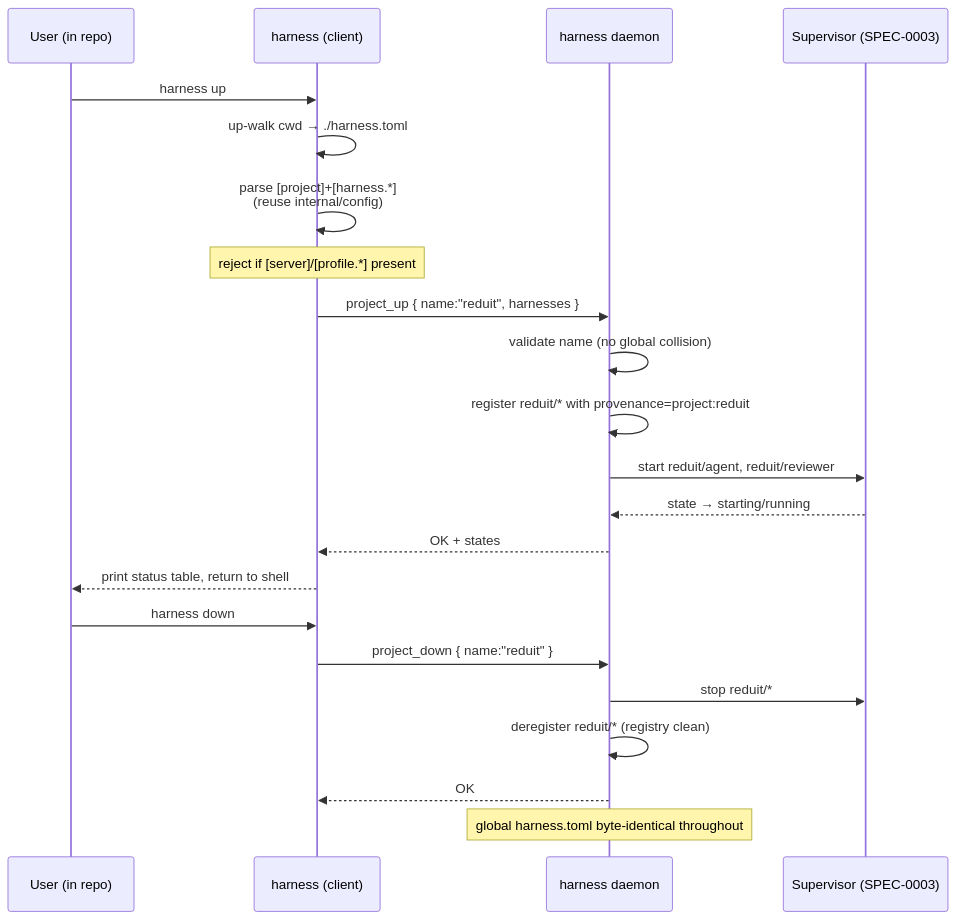
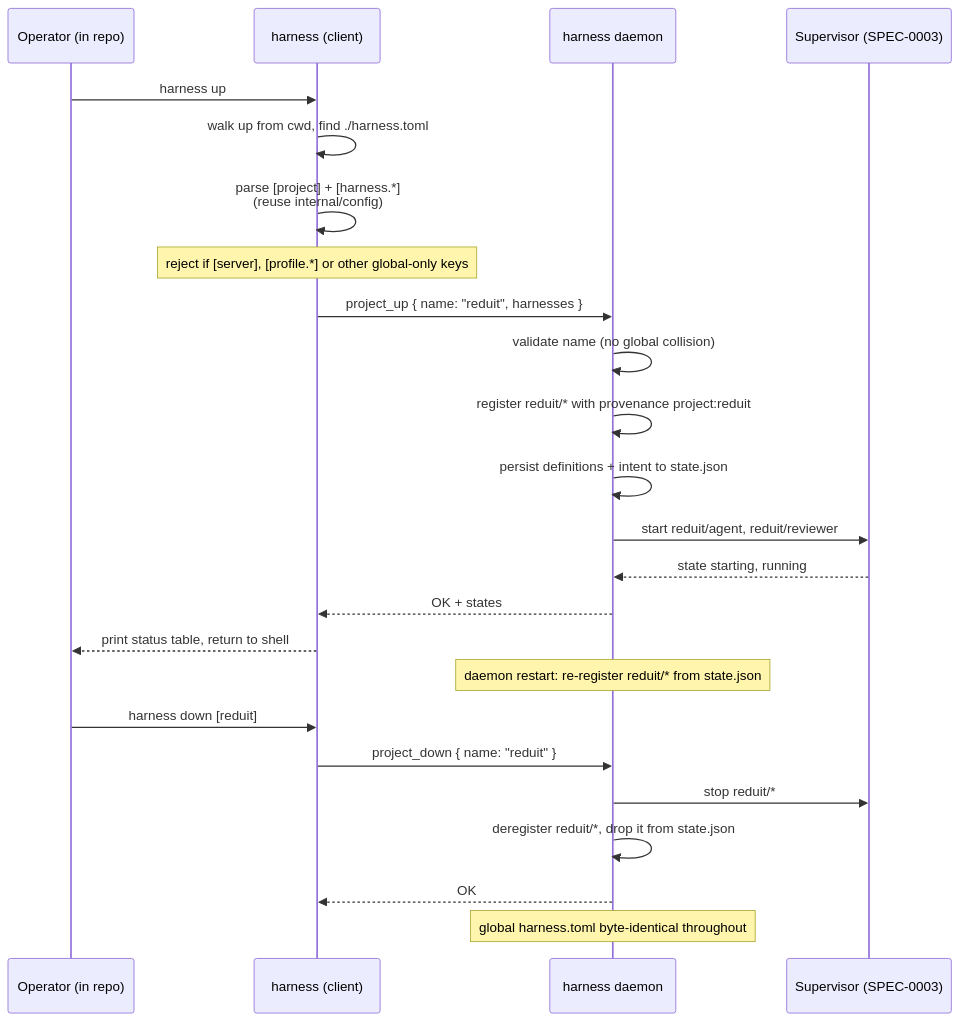
The diagram in docs/openspec/specs/project-compose/design.md (stump-wtf/harness), drawn with Mermaid before and after one commit. The commit also changed other lines of this file and 12 other files, not shown here.

````diff
--- a/docs/openspec/specs/project-compose/design.md
+++ b/docs/openspec/specs/project-compose/design.md
@@ -117,26 +157,29 @@
 ```mermaid
 sequenceDiagram
-    participant U as User (in repo)
+    participant U as Operator (in repo)
     participant C as harness (client)
     participant D as harness daemon
     participant S as Supervisor (SPEC-0003)
 
     U->>C: harness up
-    C->>C: up-walk cwd → ./harness.toml
-    C->>C: parse [project]+[harness.*]<br/>(reuse internal/config)
-    Note over C: reject if [server]/[profile.*] present
-    C->>D: project_up { name:"reduit", harnesses }
+    C->>C: walk up from cwd, find ./harness.toml
+    C->>C: parse [project] + [harness.*]<br/>(reuse internal/config)
+    Note over C: reject if [server], [profile.*] or other global-only keys
+    C->>D: project_up { name: "reduit", harnesses }
     D->>D: validate name (no global collision)
-    D->>D: register reduit/* with provenance=project:reduit
+    D->>D: register reduit/* with provenance project:reduit
+    D->>D: persist definitions + intent to state.json
     D->>S: start reduit/agent, reduit/reviewer
-    S-->>D: state → starting/running
+    S-->>D: state starting, running
     D-->>C: OK + states
     C-->>U: print status table, return to shell
 
-    U->>C: harness down
-    C->>D: project_down { name:"reduit" }
+    Note over D: daemon restart: re-register reduit/* from state.json
+
+    U->>C: harness down [reduit]
+    C->>D: project_down { name: "reduit" }
     D->>S: stop reduit/*
-    D->>D: deregister reduit/* (registry clean)
+    D->>D: deregister reduit/*, drop it from state.json
     D-->>C: OK
     Note over D: global harness.toml byte-identical throughout
 ```
````
